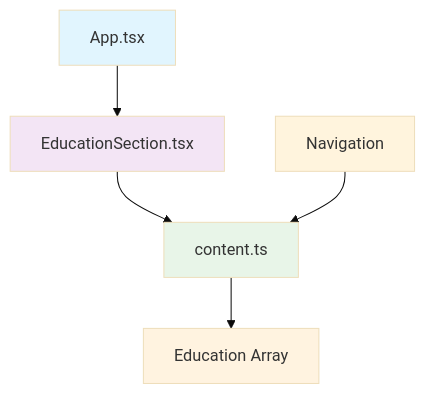
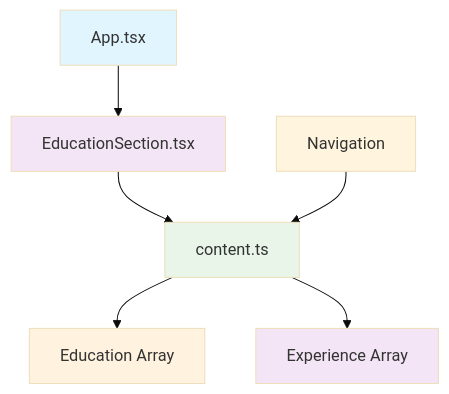
One commit to subash7781/Portfolio changed the ninth of 9 diagrams in .qoder/repowiki/en/content/Component Library & UI Elements/EducationSection Component.md. Above: the diagram before and after it, drawn with Mermaid (base theme). The commit also changed other lines of this file and 5 other files, not shown here.

````diff
--- a/.qoder/repowiki/en/content/Component Library & UI Elements/EducationSection Component.md
+++ b/.qoder/repowiki/en/content/Component Library & UI Elements/EducationSection Component.md
@@ -288,11 +387,13 @@
 ```mermaid
 graph TD
 App[App.tsx] --> EducationSection[EducationSection.tsx]
 EducationSection --> content[content.ts]
 Navigation --> content
 content --> EducationData[Education Array]
+content --> ExperienceData[Experience Array]
 style App fill:#e1f5fe
 style EducationSection fill:#f3e5f5
 style content fill:#e8f5e8
 style EducationData fill:#fff3e0
+style ExperienceData fill:#f3e5f5
 ```
````
